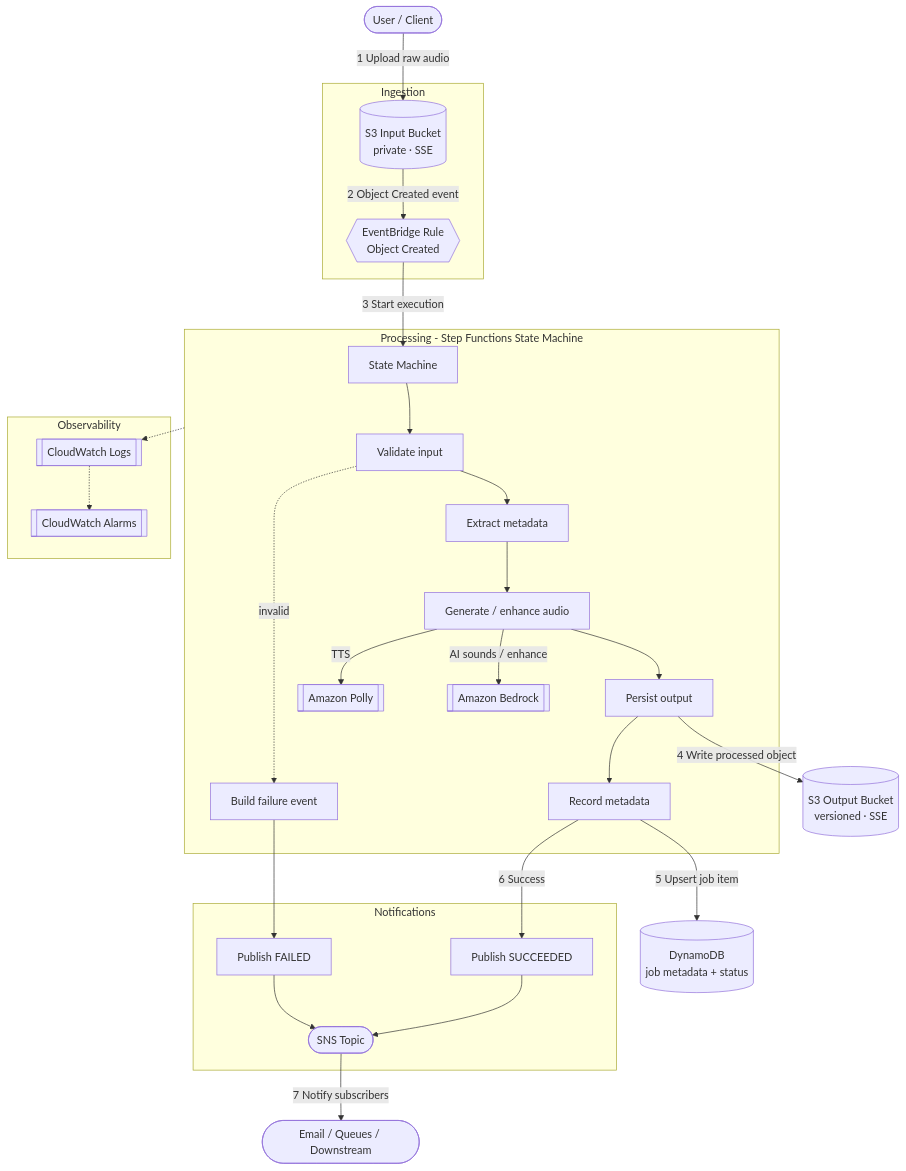
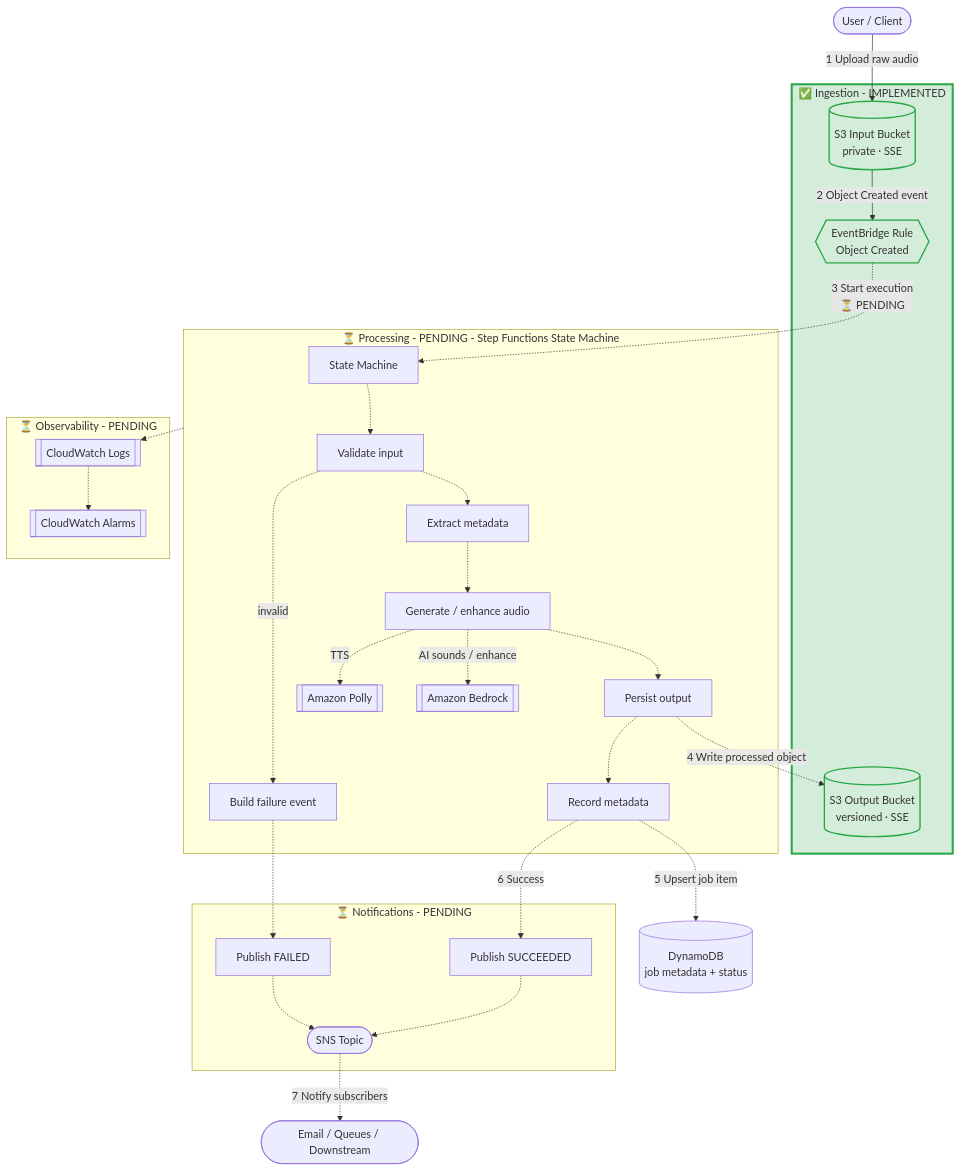
One commit to obstreperous-ai/cdk-sleep-csharp-copilot changed the diagram in ARCHITECTURE.md. Above: the diagram before and after it, drawn with Mermaid. The commit also changed other lines of this file, not shown here.

First line of the commit message:
docs: Update ARCHITECTURE.md with implementation status

````diff
--- a/ARCHITECTURE.md
+++ b/ARCHITECTURE.md
@@ -100,49 +137,55 @@
 ```mermaid
 flowchart TD
     user([User / Client]) -->|1 Upload raw audio| inputBucket
 
-    subgraph ingestion[Ingestion]
+    subgraph ingestion[✅ Ingestion - IMPLEMENTED]
         inputBucket[(S3 Input Bucket<br/>private · SSE)]
         eventBridge{{EventBridge Rule<br/>Object Created}}
         inputBucket -->|2 Object Created event| eventBridge
+        outputBucket[(S3 Output Bucket<br/>versioned · SSE)]
     end
 
-    eventBridge -->|3 Start execution| sfn
+    eventBridge -.->|3 Start execution<br/>⏳ PENDING| sfn
 
-    subgraph processing[Processing - Step Functions State Machine]
+    subgraph processing[⏳ Processing - PENDING - Step Functions State Machine]
         sfn[State Machine]
         validate[Validate input]
         metadata[Extract metadata]
         generate[Generate / enhance audio]
         persist[Persist output]
         record[Record metadata]
 
-        sfn --> validate --> metadata --> generate --> persist --> record
+        sfn -.-> validate -.-> metadata -.-> generate -.-> persist -.-> record
         validate -.->|invalid| failNotify
-        generate -->|TTS| polly[[Amazon Polly]]
-        generate -->|AI sounds / enhance| bedrock[[Amazon Bedrock]]
+        generate -.->|TTS| polly[[Amazon Polly]]
+        generate -.->|AI sounds / enhance| bedrock[[Amazon Bedrock]]
     end
 
-    persist -->|4 Write processed object| outputBucket[(S3 Output Bucket<br/>versioned · SSE)]
-    record -->|5 Upsert job item| dynamo[(DynamoDB<br/>job metadata + status)]
+    persist -.->|4 Write processed object| outputBucket
+    record -.->|5 Upsert job item| dynamo[(DynamoDB<br/>job metadata + status)]
 
-    record -->|6 Success| successNotify
+    record -.->|6 Success| successNotify
     failNotify[Build failure event]
 
-    subgraph notifications[Notifications]
+    subgraph notifications[⏳ Notifications - PENDING]
         successNotify[Publish SUCCEEDED]
-        failNotify --> snsFail[Publish FAILED]
-        successNotify --> sns([SNS Topic])
-        snsFail --> sns
+        failNotify -.-> snsFail[Publish FAILED]
+        successNotify -.-> sns([SNS Topic])
+        snsFail -.-> sns
     end
 
-    sns -->|7 Notify subscribers| subscribers([Email / Queues / Downstream])
+    sns -.->|7 Notify subscribers| subscribers([Email / Queues / Downstream])
 
-    subgraph observability[Observability]
+    subgraph observability[⏳ Observability - PENDING]
         logs[[CloudWatch Logs]]
         alarms[[CloudWatch Alarms]]
     end
 
     processing -.-> logs
     logs -.-> alarms
+
+    style ingestion fill:#d4edda,stroke:#28a745,stroke-width:3px
+    style inputBucket fill:#d4edda,stroke:#28a745,stroke-width:2px
+    style eventBridge fill:#d4edda,stroke:#28a745,stroke-width:2px
+    style outputBucket fill:#d4edda,stroke:#28a745,stroke-width:2px
 ```
````
